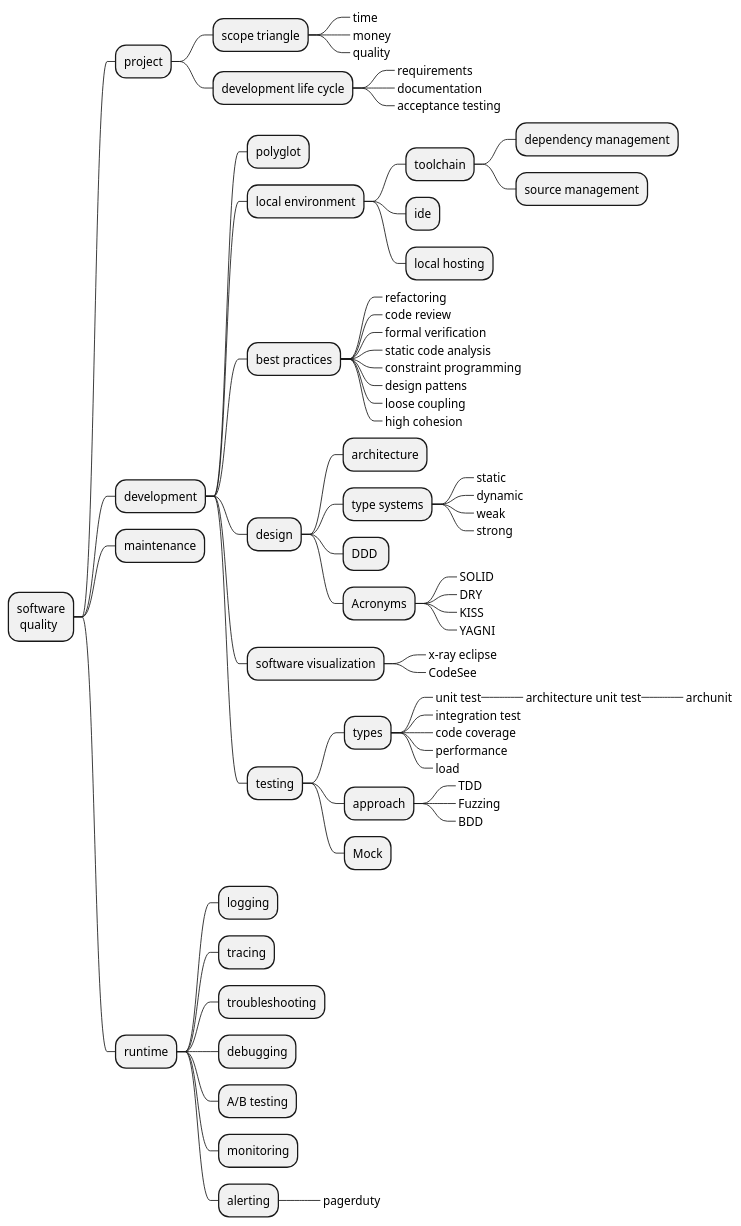
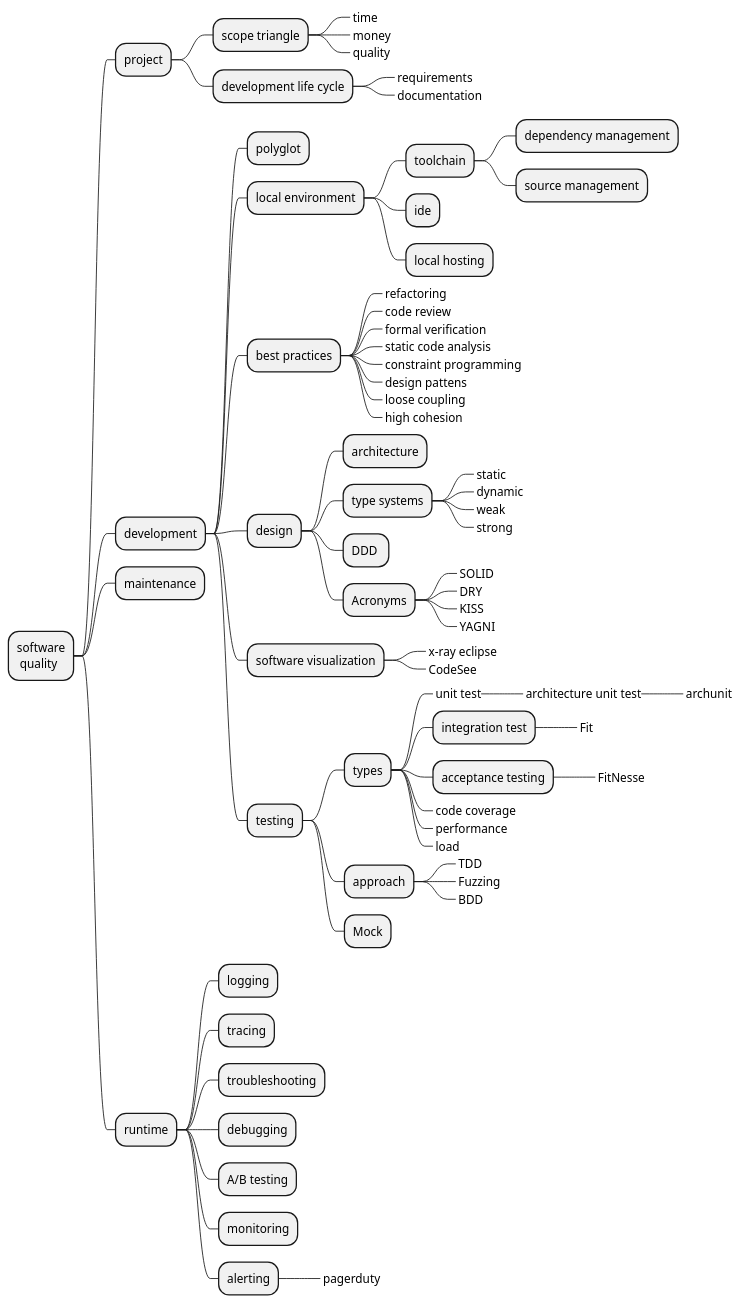
The diagram in software-quality-roadmap.iuml (levplotkin/code-quality-roadmap), drawn with PlantUML before and after one commit.

```diff
--- a/software-quality-roadmap.iuml
+++ b/software-quality-roadmap.iuml
@@ -1,69 +1,71 @@
 @startmindmap
 * software\n quality
  * project
   * scope triangle
    *_ time
    *_ money
    *_ quality
   * development life cycle
    *_ requirements
    *_ documentation
-   *_ acceptance testing
  * development
   * polyglot
   * local environment
    * toolchain
     * dependency management
     * source management
    * ide
    * local hosting
   * best practices
    *_ refactoring
    *_ code review
    *_ formal verification
    *_ static code analysis
    *_ constraint programming
    *_ design pattens
    *_ loose coupling
    *_ high cohesion
   * design
    * architecture
    * type systems
     *_ static
     *_ dynamic
     *_ weak
     *_ strong
    * DDD 
    * Acronyms
     *_ SOLID
     *_ DRY
     *_ KISS
     *_ YAGNI
   * software visualization
    *_ x-ray eclipse
    *_ CodeSee
   * testing
    * types
     *_ unit test
      *_ architecture unit test
       *_ archunit
-    *_ integration test
+    * integration test
+     *_ Fit
+    * acceptance testing
+     *_ FitNesse
     *_ code coverage
     *_ performance
     *_ load
    * approach
     *_ TDD
     *_ Fuzzing
     *_ BDD
    * Mock
  * maintenance
  * runtime
   * logging
   * tracing
   * troubleshooting
   * debugging
   * A/B testing
   * monitoring
   * alerting
    *_ pagerduty
 @endmindmap
```
